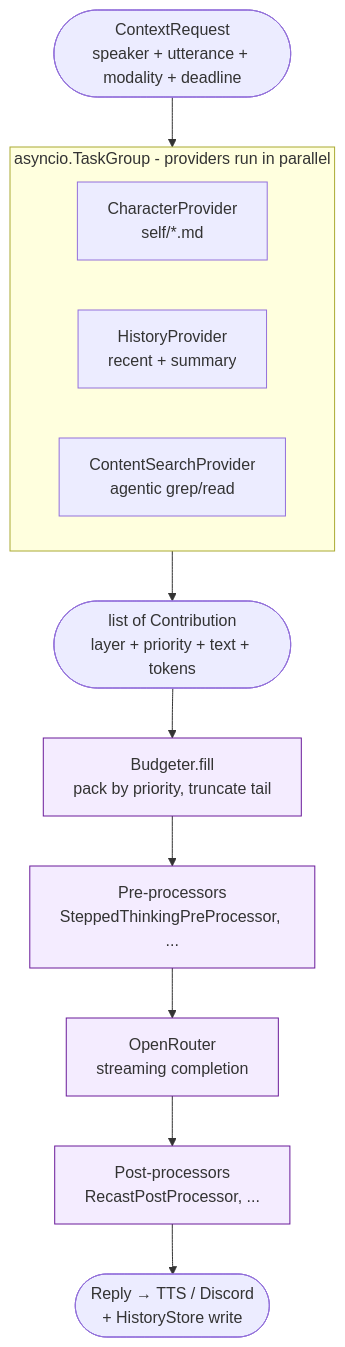
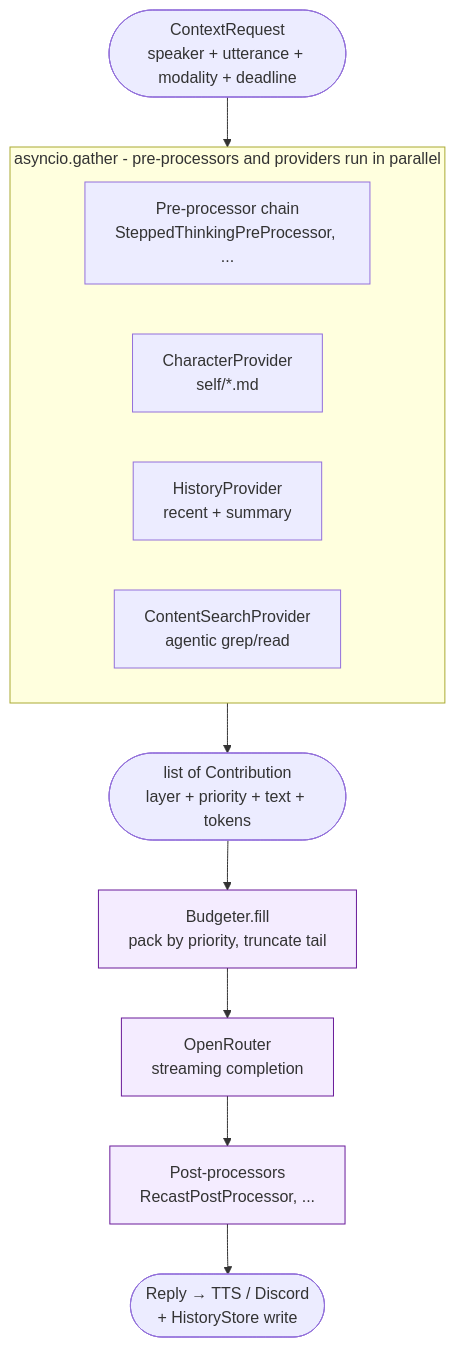
Before and after one commit to CorVous/Familiar-Connect: the first of 2 diagrams in docs/architecture/context-pipeline.md, drawn with Mermaid. The commit also changed other lines of this file and 6 other files, not shown here.

First line of the commit message:
perf(context): parallelise pre-processors with providers and prune cross-context work

````diff
--- a/docs/architecture/context-pipeline.md
+++ b/docs/architecture/context-pipeline.md
@@ -12,22 +12,22 @@
 ```mermaid
 flowchart TB
     req([ContextRequest<br/>speaker + utterance + modality + deadline])
     req --> tg
 
-    subgraph tg[asyncio.TaskGroup - providers run in parallel]
+    subgraph tg[asyncio.gather - pre-processors and providers run in parallel]
         direction LR
+        pre[Pre-processor chain<br/>SteppedThinkingPreProcessor, ...]
         char[CharacterProvider<br/>self/*.md]
         hist[HistoryProvider<br/>recent + summary]
         content[ContentSearchProvider<br/>agentic grep/read]
     end
 
     tg --> contribs([list of Contribution<br/>layer + priority + text + tokens])
     contribs --> budget[Budgeter.fill<br/>pack by priority, truncate tail]
-    budget --> pre[Pre-processors<br/>SteppedThinkingPreProcessor, ...]
-    pre --> llm[OpenRouter<br/>streaming completion]
+    budget --> llm[OpenRouter<br/>streaming completion]
     llm --> post[Post-processors<br/>RecastPostProcessor, ...]
     post --> out([Reply → TTS / Discord<br/>+ HistoryStore write])
 
     classDef phase fill:#f4ecff,stroke:#6a1b9a;
-    class budget,pre,llm,post phase;
+    class budget,llm,post phase;
 ```
````
